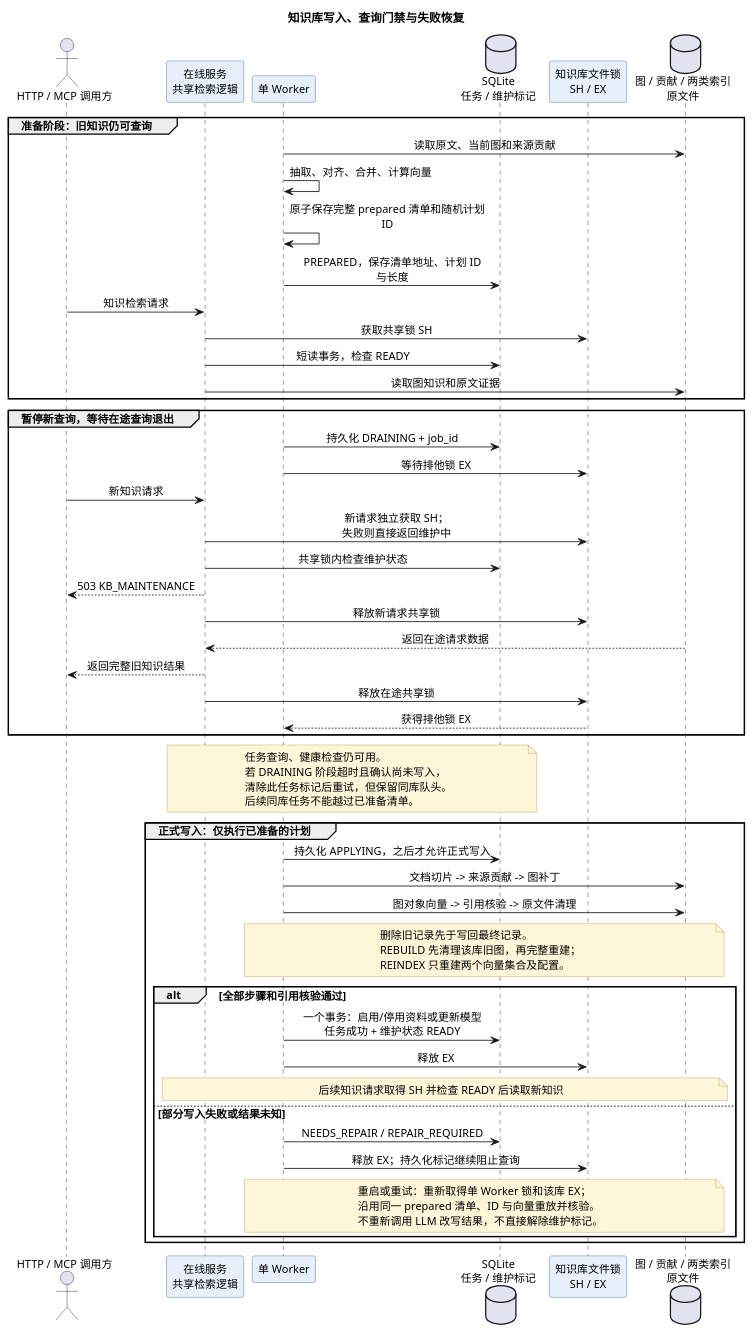
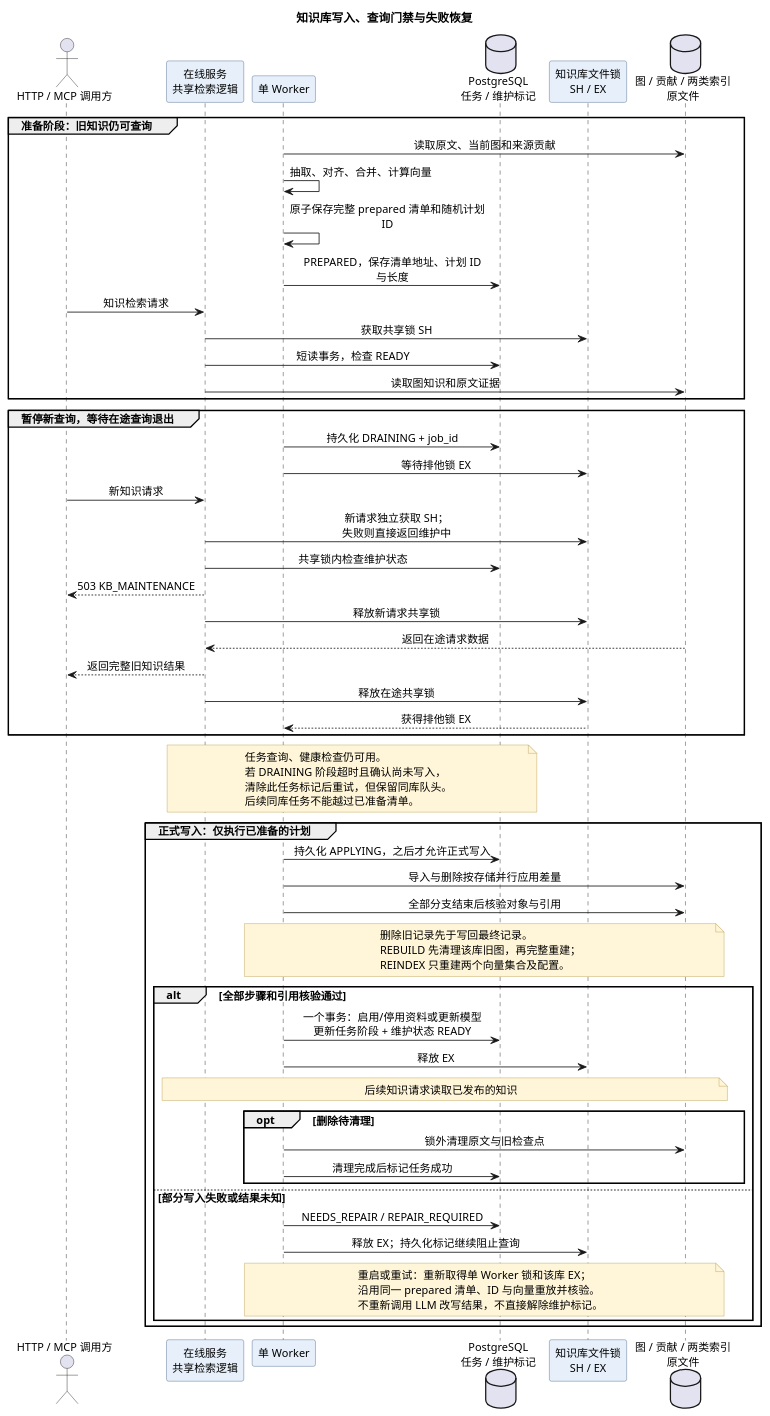
The diagram in docs/assets/diagrams/实施设计-任务写入与恢复.puml (jmd12a/knowledge-graph), drawn with PlantUML before and after one commit. The commit also changed 59 other files, not shown here.

```diff
--- a/docs/assets/diagrams/实施设计-任务写入与恢复.puml
+++ b/docs/assets/diagrams/实施设计-任务写入与恢复.puml
@@ -1,74 +1,78 @@
 @startuml
 title 知识库写入、查询门禁与失败恢复
 skinparam defaultFontName Microsoft YaHei
 skinparam shadowing false
 skinparam sequenceMessageAlign center
 skinparam maxMessageSize 240
 skinparam defaultFontSize 13
 skinparam ParticipantBackgroundColor #E7F0FA
 skinparam ParticipantBorderColor #416486
 skinparam NoteBackgroundColor #FFF5D8
 skinparam NoteBorderColor #B89B48
 actor "HTTP / MCP 调用方" as Client
 participant "在线服务\n共享检索逻辑" as API
 participant "单 Worker" as Worker
-database "SQLite\n任务 / 维护标记" as Meta
+database "PostgreSQL\n任务 / 维护标记" as Meta
 participant "知识库文件锁\nSH / EX" as Lock
 database "图 / 贡献 / 两类索引\n原文件" as Stores
 
 group 准备阶段：旧知识仍可查询
   Worker -> Stores : 读取原文、当前图和来源贡献
   Worker -> Worker : 抽取、对齐、合并、计算向量
   Worker -> Worker : 原子保存完整 prepared 清单和随机计划 ID
   Worker -> Meta : PREPARED，保存清单地址、计划 ID 与长度
   Client -> API : 知识检索请求
   API -> Lock : 获取共享锁 SH
   API -> Meta : 短读事务，检查 READY
   API -> Stores : 读取图知识和原文证据
 end
 
 group 暂停新查询，等待在途查询退出
   Worker -> Meta : 持久化 DRAINING + job_id
   Worker -> Lock : 等待排他锁 EX
   Client -> API : 新知识请求
   API -> Lock : 新请求独立获取 SH；失败则直接返回维护中
   API -> Meta : 共享锁内检查维护状态
   API --> Client : 503 KB_MAINTENANCE
   API -> Lock : 释放新请求共享锁
   Stores --> API : 返回在途请求数据
   API --> Client : 返回完整旧知识结果
   API -> Lock : 释放在途共享锁
   Lock --> Worker : 获得排他锁 EX
 end
 
 note over API,Meta
 任务查询、健康检查仍可用。
 若 DRAINING 阶段超时且确认尚未写入，
 清除此任务标记后重试，但保留同库队头。
 后续同库任务不能越过已准备清单。
 end note
 
 group 正式写入：仅执行已准备的计划
   Worker -> Meta : 持久化 APPLYING，之后才允许正式写入
-  Worker -> Stores : 文档切片 -> 来源贡献 -> 图补丁
-  Worker -> Stores : 图对象向量 -> 引用核验 -> 原文件清理
+  Worker -> Stores : 导入与删除按存储并行应用差量
+  Worker -> Stores : 全部分支结束后核验对象与引用
   note over Worker,Stores
   删除旧记录先于写回最终记录。
   REBUILD 先清理该库旧图，再完整重建；
   REINDEX 只重建两个向量集合及配置。
   end note
   alt 全部步骤和引用核验通过
-    Worker -> Meta : 一个事务：启用/停用资料或更新模型\n任务成功 + 维护状态 READY
+    Worker -> Meta : 一个事务：启用/停用资料或更新模型\n更新任务阶段 + 维护状态 READY
     Worker -> Lock : 释放 EX
-    note over API,Stores : 后续知识请求取得 SH 并检查 READY 后读取新知识
+    note over API,Stores : 后续知识请求读取已发布的知识
+    opt 删除待清理
+      Worker -> Stores : 锁外清理原文与旧检查点
+      Worker -> Meta : 清理完成后标记任务成功
+    end
   else 部分写入失败或结果未知
     Worker -> Meta : NEEDS_REPAIR / REPAIR_REQUIRED
     Worker -> Lock : 释放 EX；持久化标记继续阻止查询
     note over Worker,Stores
     重启或重试：重新取得单 Worker 锁和该库 EX；
     沿用同一 prepared 清单、ID 与向量重放并核验。
     不重新调用 LLM 改写结果，不直接解除维护标记。
     end note
   end
 end
 @enduml
```
